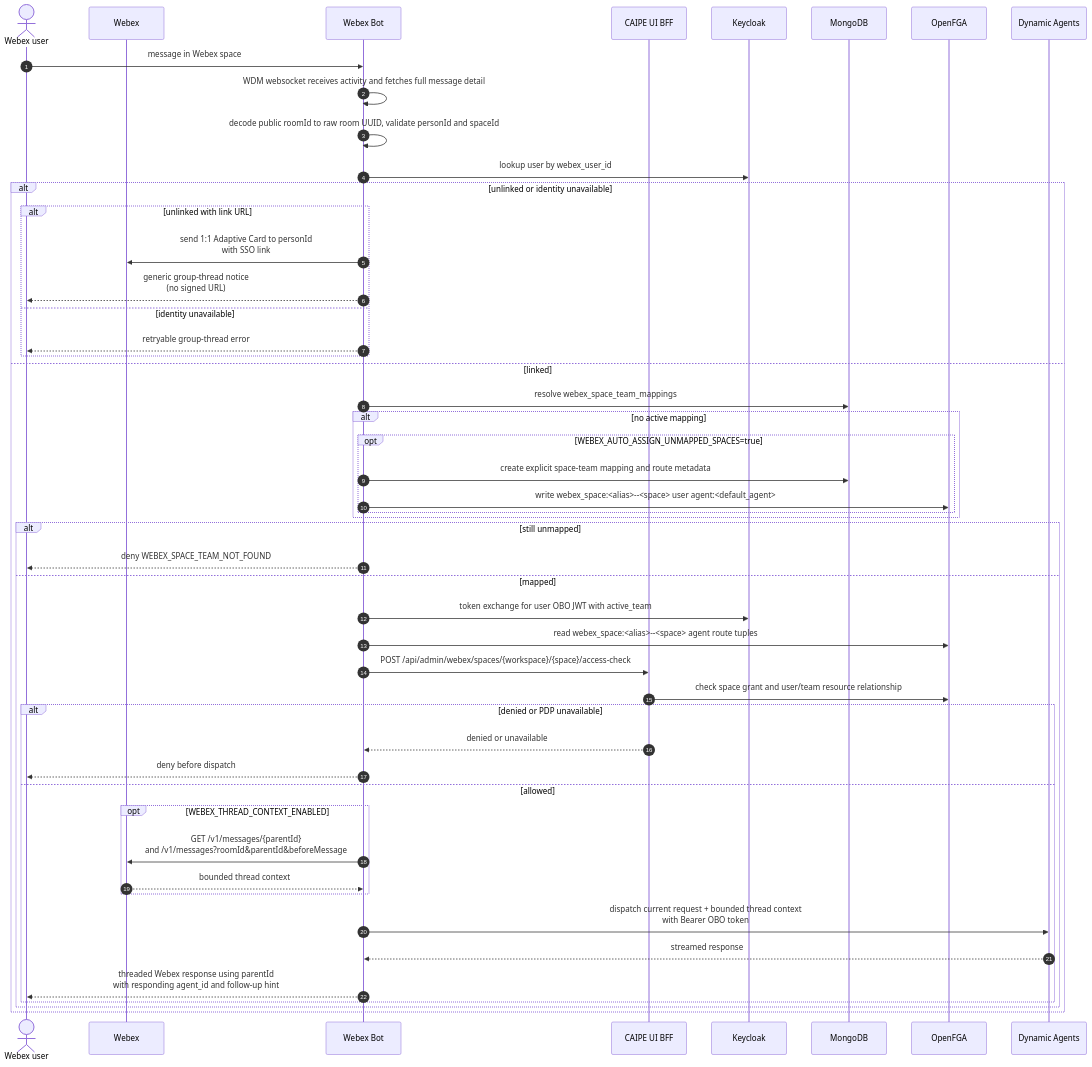
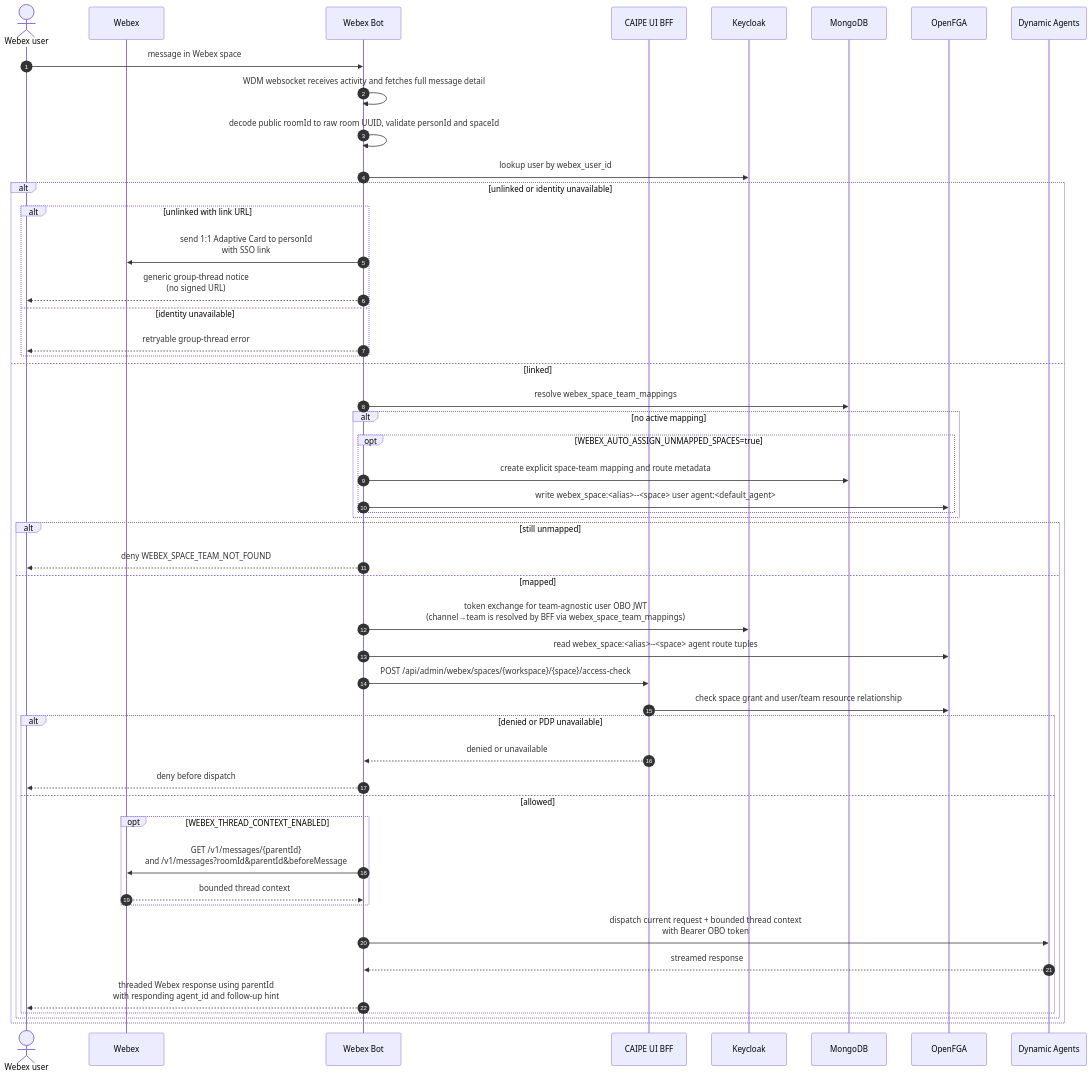
One commit to cnoe-io/ai-platform-engineering changed the fifth of 13 diagrams in docs/docs/security/rbac/workflows.md. Above: the diagram before and after it, drawn with Mermaid. The commit also changed other lines of this file and 3 other files, not shown here.

````diff
--- a/docs/docs/security/rbac/workflows.md
+++ b/docs/docs/security/rbac/workflows.md
@@ -360,53 +360,53 @@
 ```mermaid
 sequenceDiagram
     autonumber
     actor User as Webex user
     participant Webex as Webex
     participant WB as Webex Bot
     participant UI as CAIPE UI BFF
     participant KC as Keycloak
     participant MDB as MongoDB
     participant FGA as OpenFGA
     participant DA as Dynamic Agents
 
     User->>WB: message in Webex space
     WB->>WB: WDM websocket receives activity and fetches full message detail
     WB->>WB: decode public roomId to raw room UUID, validate personId and spaceId
     WB->>KC: lookup user by webex_user_id
     alt unlinked or identity unavailable
         alt unlinked with link URL
             WB->>Webex: send 1:1 Adaptive Card to personId<br/>with SSO link
             WB-->>User: generic group-thread notice<br/>(no signed URL)
         else identity unavailable
             WB-->>User: retryable group-thread error
         end
     else linked
         WB->>MDB: resolve webex_space_team_mappings
         alt no active mapping
             opt WEBEX_AUTO_ASSIGN_UNMAPPED_SPACES=true
                 WB->>MDB: create explicit space-team mapping and route metadata
                 WB->>FGA: write webex_space:<alias>--<space> user agent:<default_agent>
             end
         end
         alt still unmapped
             WB-->>User: deny WEBEX_SPACE_TEAM_NOT_FOUND
         else mapped
-            WB->>KC: token exchange for user OBO JWT with active_team
+            WB->>KC: token exchange for team-agnostic user OBO JWT<br/>(channel→team is resolved by BFF via webex_space_team_mappings)
             WB->>FGA: read webex_space:<alias>--<space> agent route tuples
             WB->>UI: POST /api/admin/webex/spaces/{workspace}/{space}/access-check
             UI->>FGA: check space grant and user/team resource relationship
             alt denied or PDP unavailable
                 UI-->>WB: denied or unavailable
                 WB-->>User: deny before dispatch
             else allowed
                 opt WEBEX_THREAD_CONTEXT_ENABLED
                     WB->>Webex: GET /v1/messages/{parentId}<br/>and /v1/messages?roomId&parentId&beforeMessage
                     Webex-->>WB: bounded thread context
                 end
                 WB->>DA: dispatch current request + bounded thread context<br/>with Bearer OBO token
                 DA-->>WB: streamed response
                 WB-->>User: threaded Webex response using parentId<br/>with responding agent_id and follow-up hint
             end
         end
     end
 ```
````
